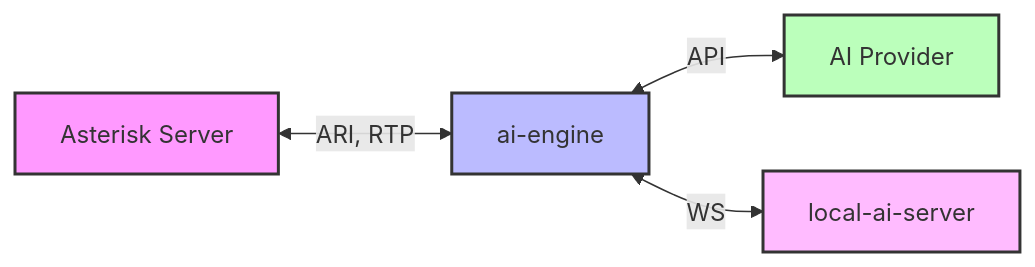
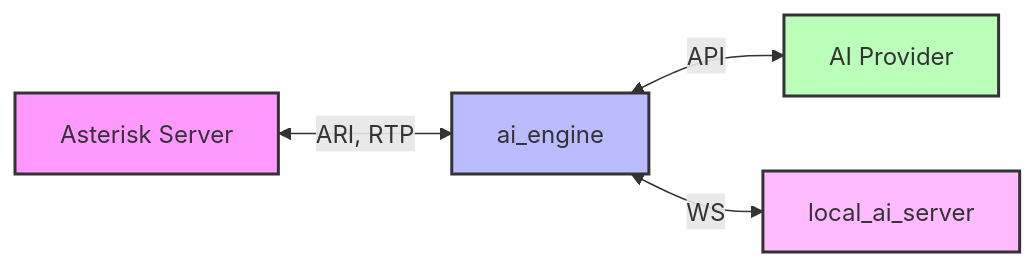
One commit to Developer199239/Asterisk-AI-Voice-Agent changed the diagram in README.md. Above: the diagram before and after it, drawn with Mermaid. The commit also changed other lines of this file and 23 other files, not shown here.

````diff
--- a/README.md
+++ b/README.md
@@ -412,11 +412,11 @@
 ```mermaid
 graph LR
-    A[Asterisk Server] <-->|ARI, RTP| B[ai-engine]
+    A[Asterisk Server] <-->|ARI, RTP| B[ai_engine]
     B <-->|API| C[AI Provider]
-    B <-->|WS| D[local-ai-server]
+    B <-->|WS| D[local_ai_server]
     
     style A fill:#f9f,stroke:#333,stroke-width:2px
     style B fill:#bbf,stroke:#333,stroke-width:2px
     style C fill:#bfb,stroke:#333,stroke-width:2px
     style D fill:#fbf,stroke:#333,stroke-width:2px
 ```
````
